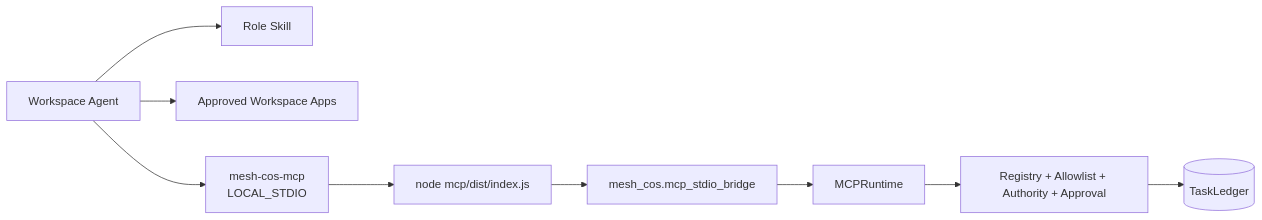
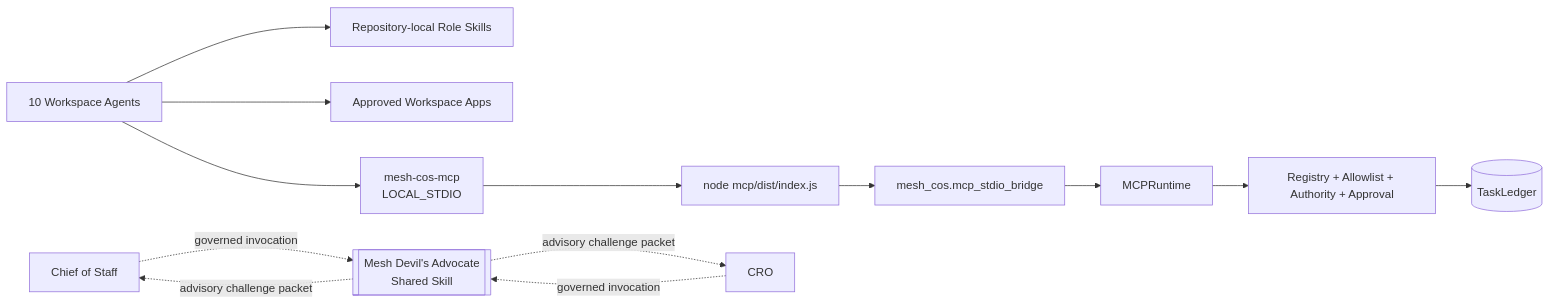
Before and after one commit to mkleinbe/mesh-ai-agent-cos-universe: the diagram in chatgpt/README.md, drawn with Mermaid. The commit also changed other lines of this file, not shown here.

Commit message:
docs: align ChatGPT package overview to v2 shared challenge model

````diff
--- a/chatgpt/README.md
+++ b/chatgpt/README.md
@@ -17,11 +18,15 @@
 ```mermaid
 flowchart LR
-    WA[Workspace Agent] --> SK[Role Skill]
+    WA[10 Workspace Agents] --> SK[Repository-local Role Skills]
     WA --> APPS[Approved Workspace Apps]
     WA --> MCP[mesh-cos-mcp\nLOCAL_STDIO]
+    COS[Chief of Staff] -. governed invocation .-> DA[[Mesh Devil's Advocate\nShared Skill]]
+    CRO[CRO] -. governed invocation .-> DA
+    DA -. advisory challenge packet .-> COS
+    DA -. advisory challenge packet .-> CRO
     MCP --> NODE[node mcp/dist/index.js]
     NODE --> BRIDGE[mesh_cos.mcp_stdio_bridge]
     BRIDGE --> RT[MCPRuntime]
     RT --> AUTH[Registry + Allowlist + Authority + Approval]
     AUTH --> TL[(TaskLedger)]
 ```
````
